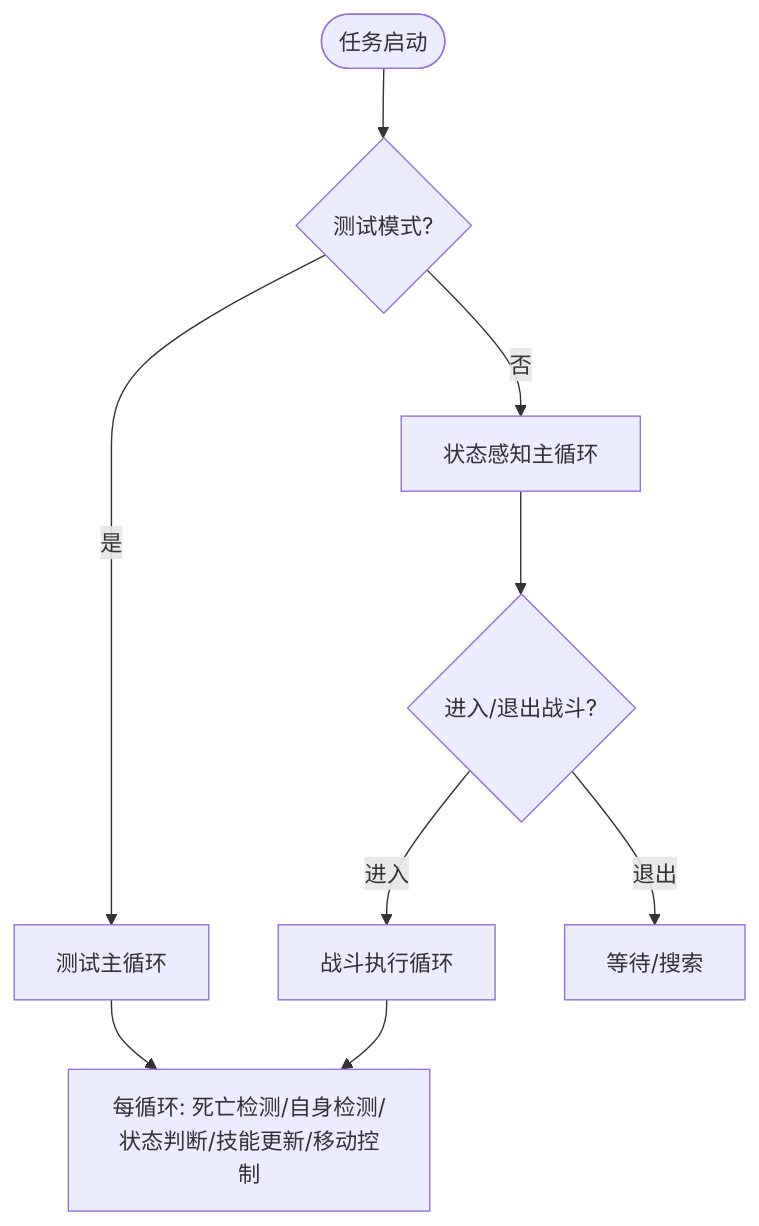
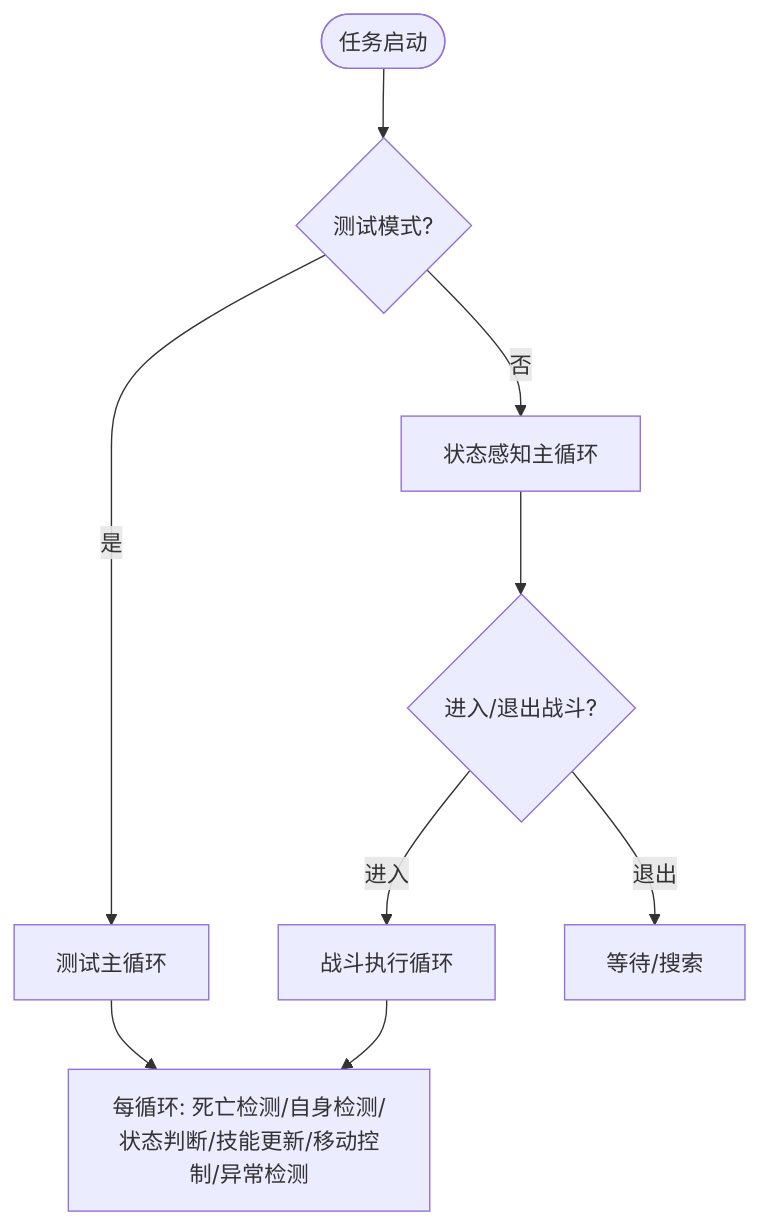
One commit to xsy098-max/ok-jump changed the sixth of 7 diagrams in .qoder/repowiki/zh/content/配置管理/战斗系统配置.md. Above: the diagram before and after it, drawn with Mermaid. The commit also changed other lines of this file and 21 other files, not shown here.

````diff
--- a/.qoder/repowiki/zh/content/配置管理/战斗系统配置.md
+++ b/.qoder/repowiki/zh/content/配置管理/战斗系统配置.md
@@ -253,11 +292,11 @@
 ```mermaid
 flowchart TD
 Start(["任务启动"]) --> TestMode{"测试模式?"}
 TestMode --> |是| TestLoop["测试主循环"]
 TestMode --> |否| StateAware["状态感知主循环"]
-TestLoop --> Loop["每循环: 死亡检测/自身检测/状态判断/技能更新/移动控制"]
+TestLoop --> Loop["每循环: 死亡检测/自身检测/状态判断/技能更新/移动控制/异常检测"]
 StateAware --> CombatState{"进入/退出战斗?"}
 CombatState --> |进入| CombatLoop["战斗执行循环"]
 CombatState --> |退出| Idle["等待/搜索"]
 CombatLoop --> Loop
 ```
````
